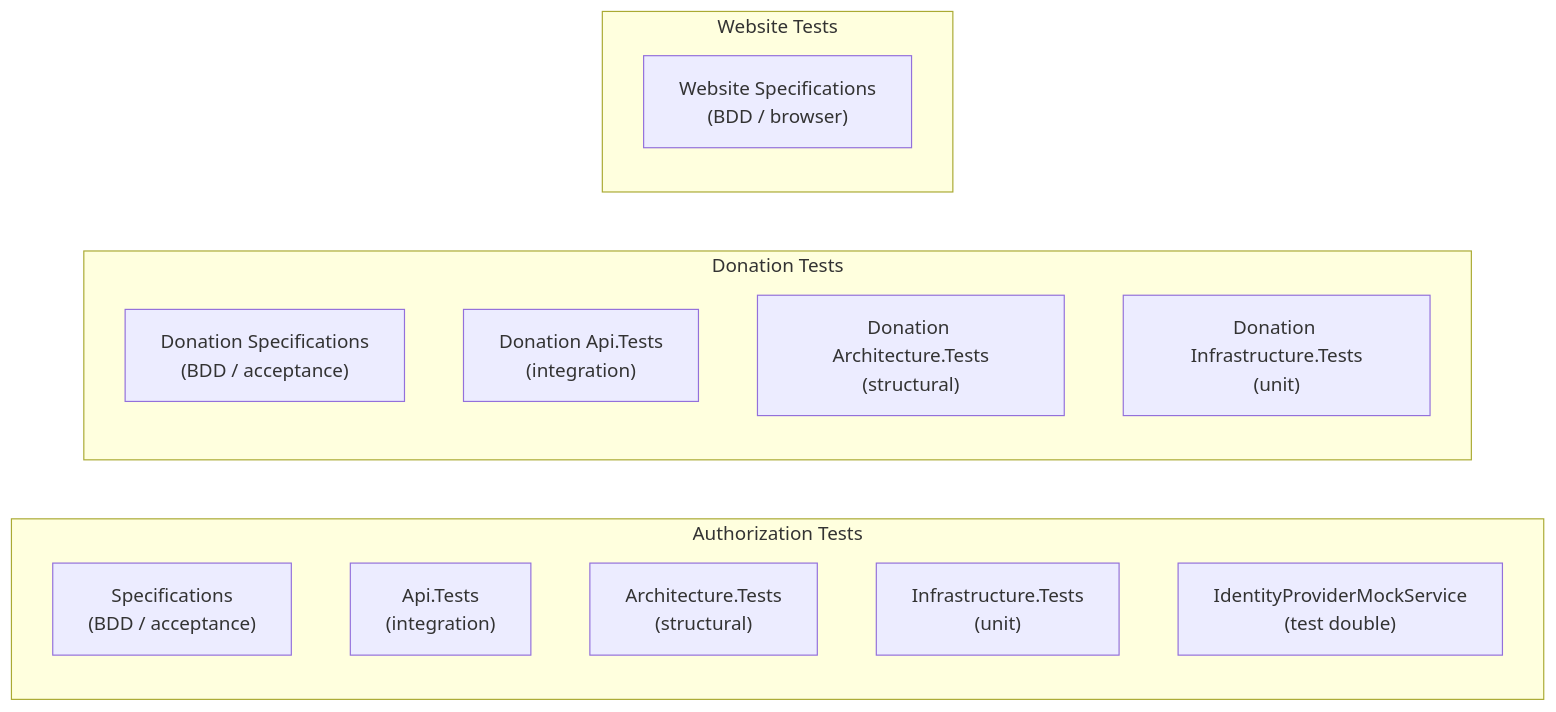
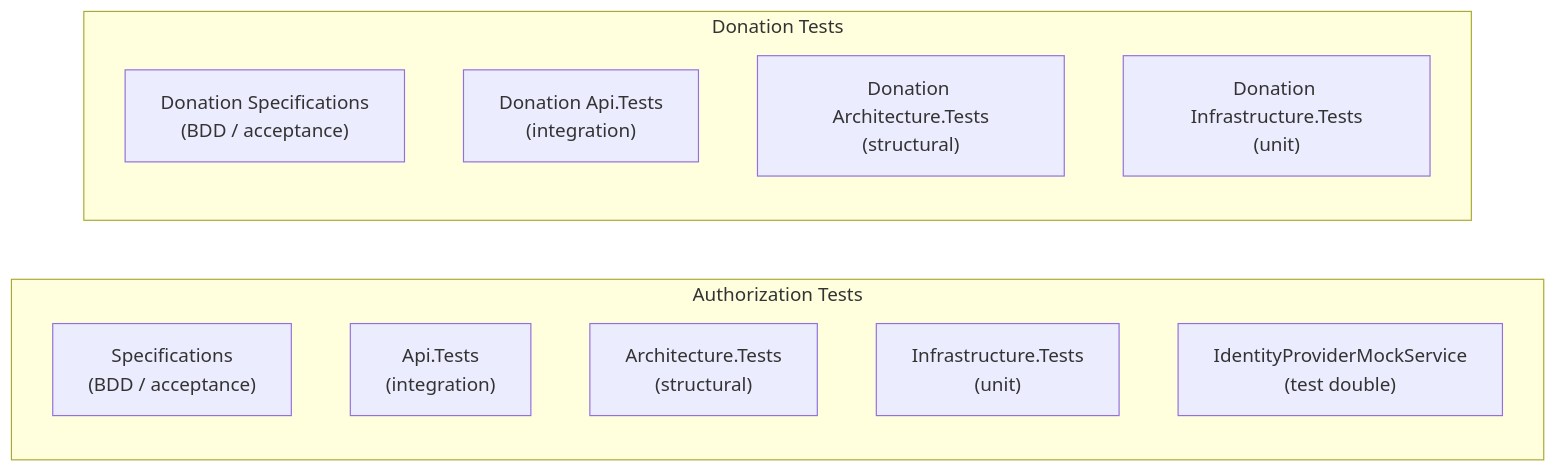
Before and after one commit to wouterfennis/TimeForCode: the diagram in docs/current/testing.md, drawn with Mermaid. The commit also changed other lines of this file and 142 other files, not shown here.

````diff
--- a/docs/current/testing.md
+++ b/docs/current/testing.md
@@ -13,21 +13,18 @@
 ```mermaid
 graph LR
     subgraph Authorization Tests
         SpecTests["Specifications\n(BDD / acceptance)"]
         ApiTests["Api.Tests\n(integration)"]
         ArchTests["Architecture.Tests\n(structural)"]
         InfraTests["Infrastructure.Tests\n(unit)"]
         IdpMock["IdentityProviderMockService\n(test double)"]
     end
 
     subgraph Donation Tests
         DonSpecTests["Donation Specifications\n(BDD / acceptance)"]
         DonApiTests["Donation Api.Tests\n(integration)"]
         DonArchTests["Donation Architecture.Tests\n(structural)"]
         DonInfraTests["Donation Infrastructure.Tests\n(unit)"]
     end
 
-    subgraph Website Tests
-        WebSpecTests["Website Specifications\n(BDD / browser)"]
-    end
 ```
````
